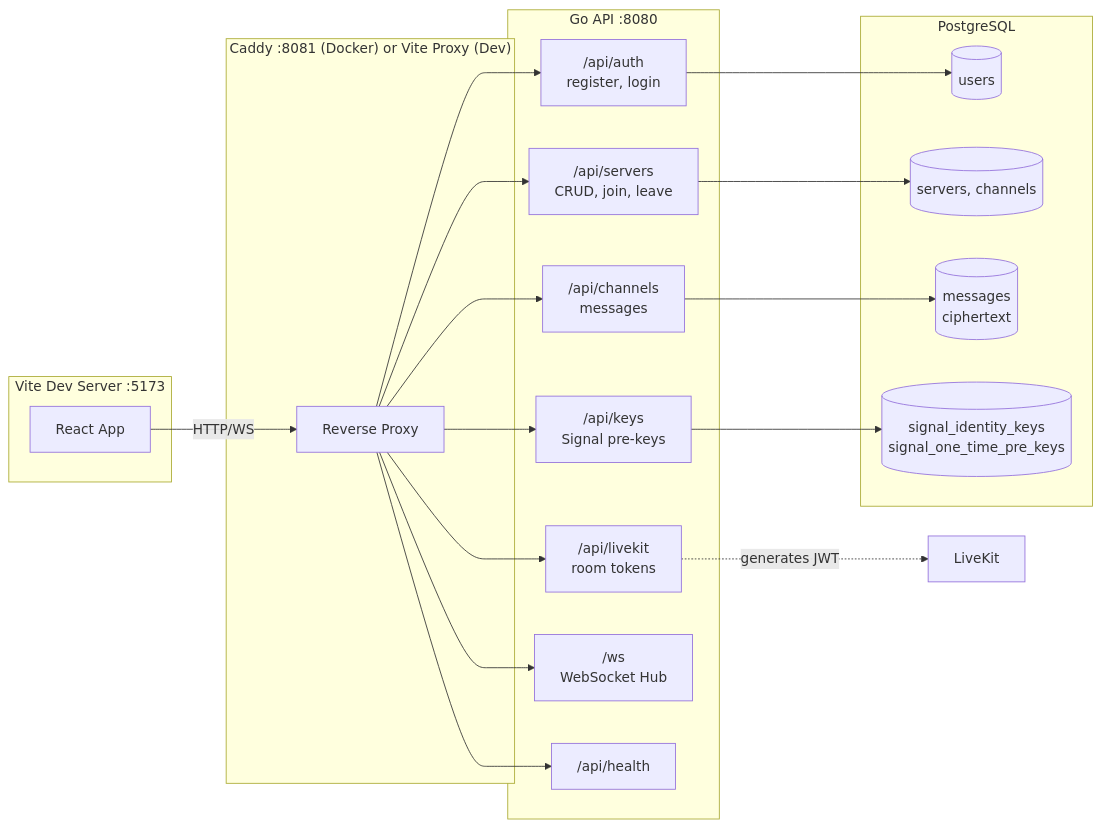
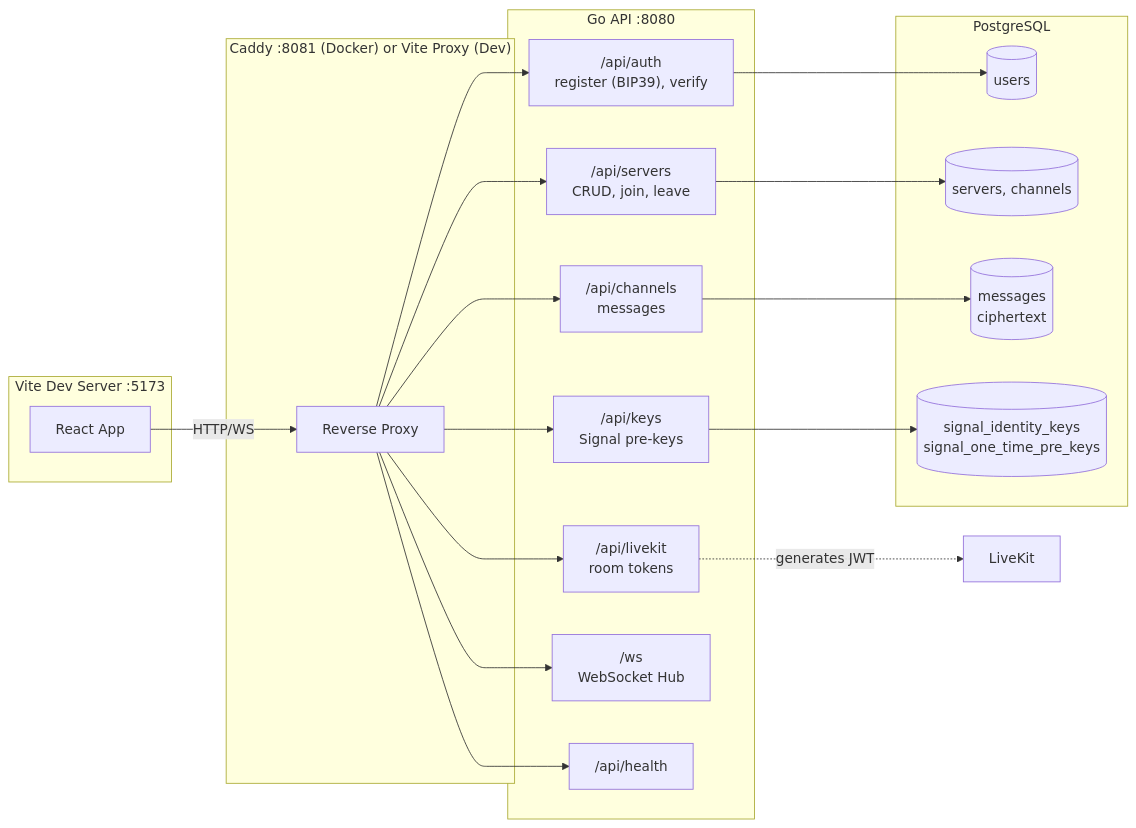
One commit to YarinCardillo/hush-app changed the third of 6 diagrams in docs/SETUP.md. Above: the diagram before and after it, drawn with Mermaid. The commit also changed other lines of this file and 1 other file, not shown here.

Commit message:
docs: align README, SETUP, and phase contexts with BIP39 identity model

````diff
--- a/docs/SETUP.md
+++ b/docs/SETUP.md
@@ -316,42 +316,42 @@
 ```mermaid
 graph LR
   subgraph "Vite Dev Server :5173"
     React[React App]
   end
 
   subgraph "Caddy :8081 (Docker) or Vite Proxy (Dev)"
     Proxy[Reverse Proxy]
   end
 
   subgraph "Go API :8080"
-    Auth["/api/auth<br/>register, login"]
+    Auth["/api/auth<br/>register (BIP39), verify"]
     Servers["/api/servers<br/>CRUD, join, leave"]
     Channels["/api/channels<br/>messages"]
     Keys["/api/keys<br/>Signal pre-keys"]
     LKTokens["/api/livekit<br/>room tokens"]
     WS["/ws<br/>WebSocket Hub"]
     Health["/api/health"]
   end
 
   subgraph "PostgreSQL"
     Users[(users)]
     ServersDB[(servers, channels)]
     Messages[(messages<br/>ciphertext)]
     SignalKeys[(signal_identity_keys<br/>signal_one_time_pre_keys)]
   end
 
   React -->|"HTTP/WS"| Proxy
   Proxy --> Auth
   Proxy --> Servers
   Proxy --> Channels
   Proxy --> Keys
   Proxy --> LKTokens
   Proxy --> WS
   Proxy --> Health
 
   Auth --> Users
   Servers --> ServersDB
   Channels --> Messages
   Keys --> SignalKeys
   LKTokens -.->|"generates JWT"| LiveKit["LiveKit"]
 ```
````
